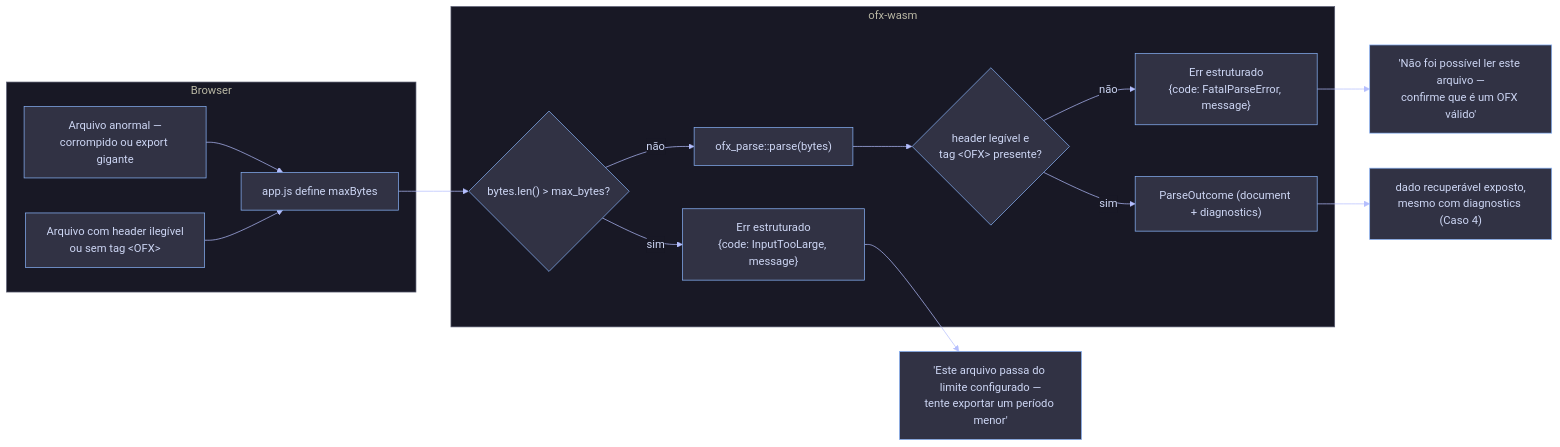
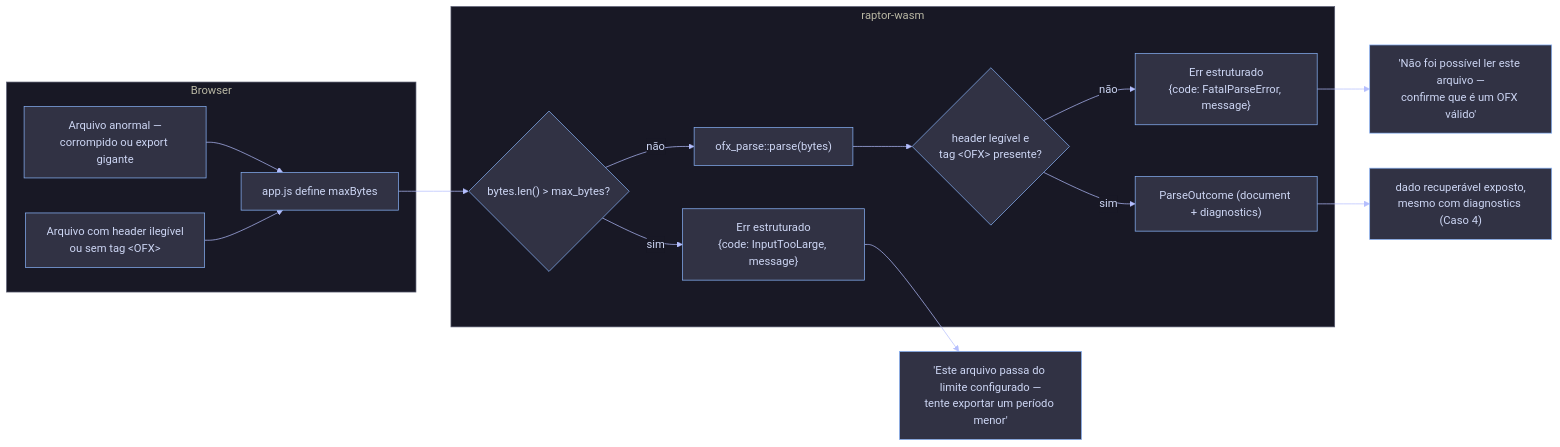
The tenth of 10 diagrams in docs/discovery-ofx-rust-wasm.md (fossio/raptor), drawn with Mermaid before and after one commit. The commit also changed other lines of this file and 19 other files, not shown here.

````diff
--- a/docs/discovery-ofx-rust-wasm.md
+++ b/docs/discovery-ofx-rust-wasm.md
@@ -772,27 +768,27 @@
 ```mermaid
 %%{init: {'theme':'base','themeVariables':{'background':'#1e1e2e','primaryColor':'#313244','primaryTextColor':'#cdd6f4','primaryBorderColor':'#89b4fa','lineColor':'#b4befe','secondaryColor':'#181825','tertiaryColor':'#45475a','clusterBkg':'#181825','clusterBorder':'#585b70','fontFamily':'monospace'}}}%%
 flowchart LR
     subgraph browser["Browser"]
         FILE1["Arquivo anormal —<br/>corrompido ou export gigante"]
         FILE2["Arquivo com header ilegível<br/>ou sem tag &lt;OFX&gt;"]
         JS["app.js define maxBytes"]
     end
-    subgraph wasm["ofx-wasm"]
+    subgraph wasm["raptor-wasm"]
         CHECK{"bytes.len() > max_bytes?"}
         ERR1["Err estruturado<br/>{code: InputTooLarge, message}"]
         PARSE["ofx_parse::parse(bytes)"]
         FATAL{"header legível e<br/>tag &lt;OFX&gt; presente?"}
         ERR2["Err estruturado<br/>{code: FatalParseError, message}"]
         OK["ParseOutcome (document + diagnostics)"]
     end
     FILE1 --> JS --> CHECK
     FILE2 --> JS
     CHECK -->|sim| ERR1
     CHECK -->|não| PARSE
     PARSE --> FATAL
     FATAL -->|não| ERR2
     FATAL -->|sim| OK
     ERR1 --> UI1["'Este arquivo passa do limite configurado —<br/>tente exportar um período menor'"]
     ERR2 --> UI2["'Não foi possível ler este arquivo —<br/>confirme que é um OFX válido'"]
     OK --> UI3["dado recuperável exposto,<br/>mesmo com diagnostics (Caso 4)"]
 ```
````
